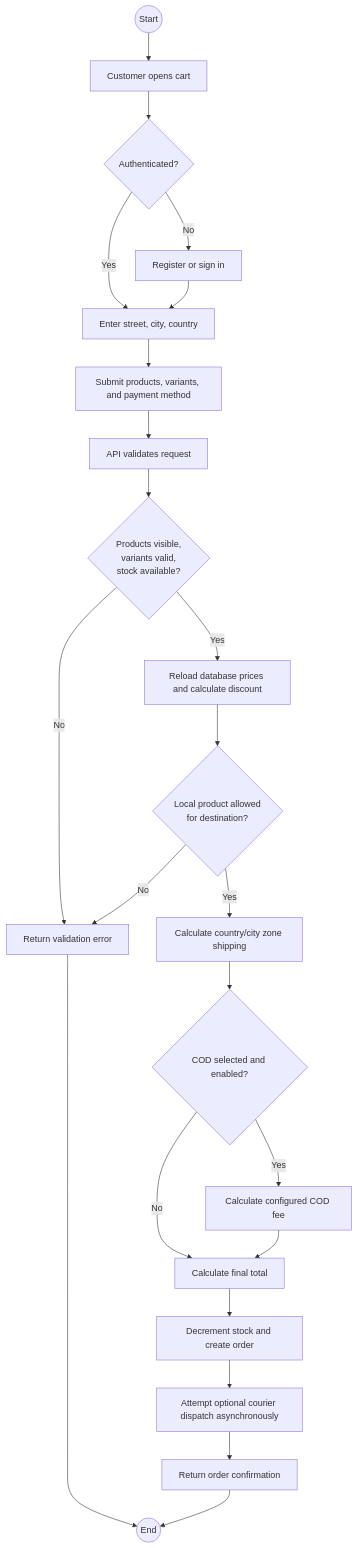
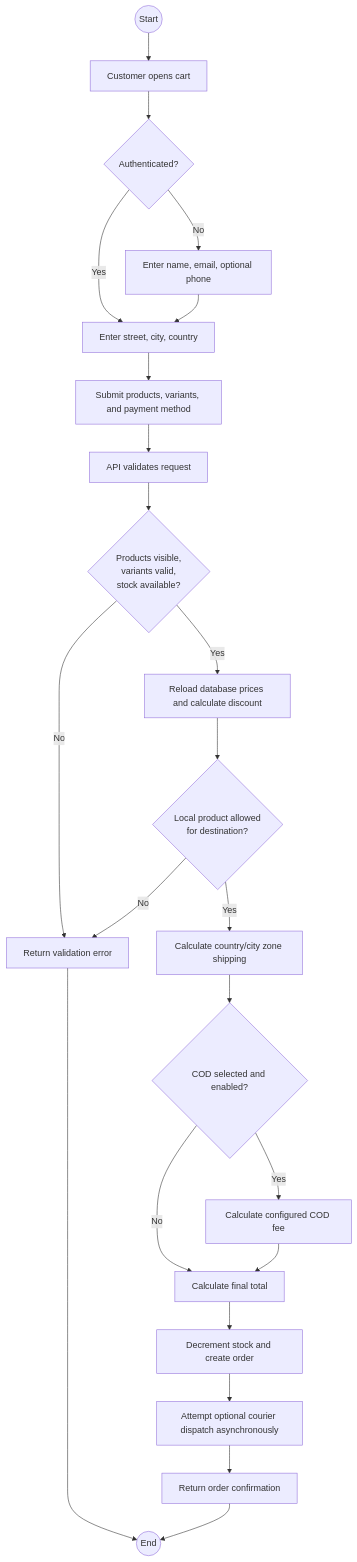
Before and after one commit to arbazfareed/e-commerce: the second of 6 diagrams in docs/SRD.md, drawn with Mermaid. The commit also changed other lines of this file and 94 other files, not shown here.

````diff
--- a/docs/SRD.md
+++ b/docs/SRD.md
@@ -121,25 +128,25 @@
 ```mermaid
 flowchart TD
       Start((Start)) --> Cart[Customer opens cart]
       Cart --> Auth{Authenticated?}
-      Auth -- No --> Login[Register or sign in]
+      Auth -- No --> GuestContact[Enter name, email, optional phone]
       Auth -- Yes --> Address[Enter street, city, country]
-      Login --> Address
+      GuestContact --> Address
       Address --> Items[Submit products, variants, and payment method]
       Items --> Validate[API validates request]
       Validate --> Available{Products visible,<br/>variants valid,<br/>stock available?}
       Available -- No --> Reject[Return validation error]
       Available -- Yes --> Price[Reload database prices and calculate discount]
       Price --> Market{Local product allowed<br/>for destination?}
       Market -- No --> Reject
       Market -- Yes --> Shipping[Calculate country/city zone shipping]
       Shipping --> COD{COD selected and enabled?}
       COD -- Yes --> CODFee[Calculate configured COD fee]
       COD -- No --> Total[Calculate final total]
       CODFee --> Total
       Total --> Reserve[Decrement stock and create order]
       Reserve --> Dispatch[Attempt optional courier dispatch asynchronously]
       Dispatch --> Confirm[Return order confirmation]
       Reject --> End((End))
       Confirm --> End
 ```
````
